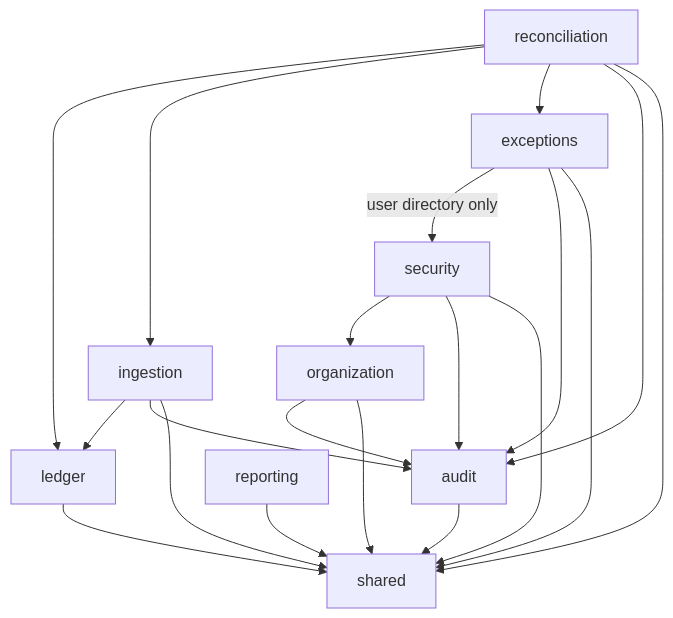
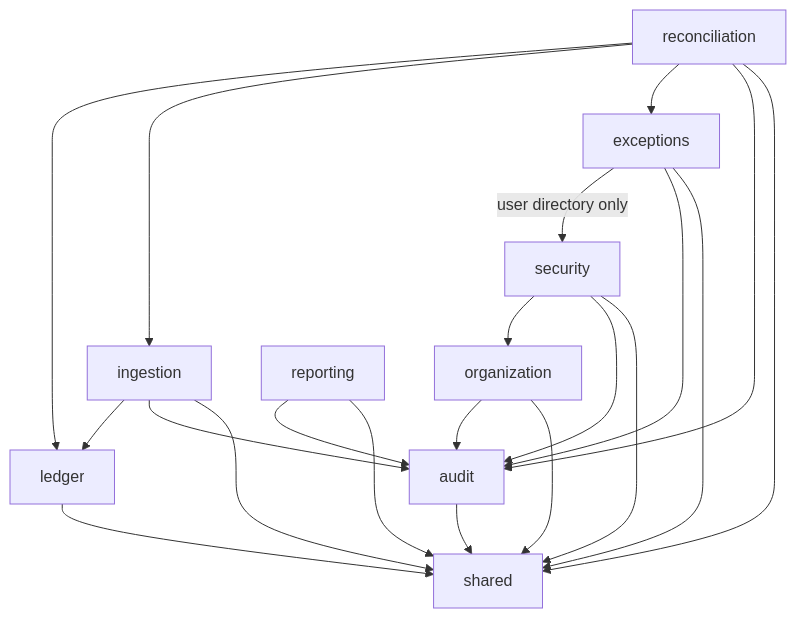
One commit to kasalmanfarcy/PaymentReconciliation changed the third of 7 diagrams in docs/architecture.md. Above: the diagram before and after it, drawn with Mermaid. The commit also changed other lines of this file and 7 other files, not shown here.

````diff
--- a/docs/architecture.md
+++ b/docs/architecture.md
@@ -90,11 +90,11 @@
 ```mermaid
 flowchart TD
     ingestion --> ledger
     reconciliation --> ledger
     reconciliation --> ingestion
     reconciliation --> exceptions
     exceptions -->|user directory only| security
     security --> organization
-    ingestion & reconciliation & exceptions & organization & security --> audit
+    ingestion & reconciliation & exceptions & organization & security & reporting --> audit
     ingestion & reconciliation & exceptions & organization & security & audit & ledger & reporting --> shared
 ```
````
